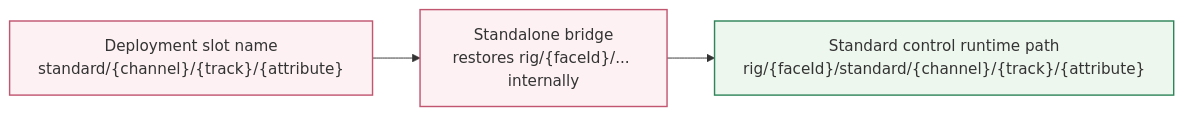
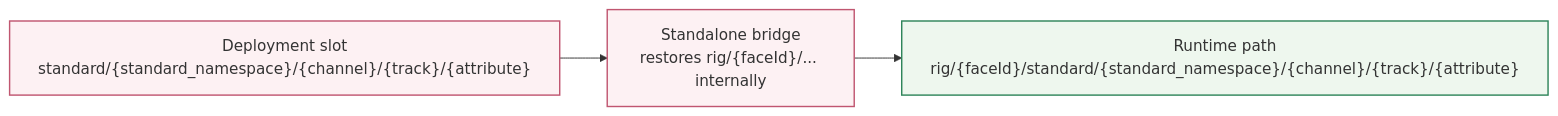
Before and after one commit to vizij-ai/vizij-docs: the second of 2 diagrams in current_documentation/guidebook/control/paths-and-standard-controls.md, drawn with Mermaid. The commit also changed other lines of this file and 91 other files, not shown here.

````diff
--- a/current_documentation/guidebook/control/paths-and-standard-controls.md
+++ b/current_documentation/guidebook/control/paths-and-standard-controls.md
@@ -210,10 +230,10 @@
 ```mermaid
 flowchart LR
     classDef runtime fill:#eef7ee,stroke:#2f855a,stroke-width:1.5px
     classDef deploy fill:#fdf1f3,stroke:#c05670,stroke-width:1.5px
 
-    slot["Deployment slot name\nstandard/{channel}/{track}/{attribute}"] --> bridge["Standalone bridge\nrestores rig/{faceId}/... internally"] --> std["Standard control runtime path\nrig/{faceId}/standard/{channel}/{track}/{attribute}"]
+    slot["Deployment slot\nstandard/{standard_namespace}/{channel}/{track}/{attribute}"] --> bridge["Standalone bridge\nrestores rig/{faceId}/... internally"] --> std["Runtime path\nrig/{faceId}/standard/{standard_namespace}/{channel}/{track}/{attribute}"]
 
     class slot,bridge deploy
     class std runtime
 ```
````
